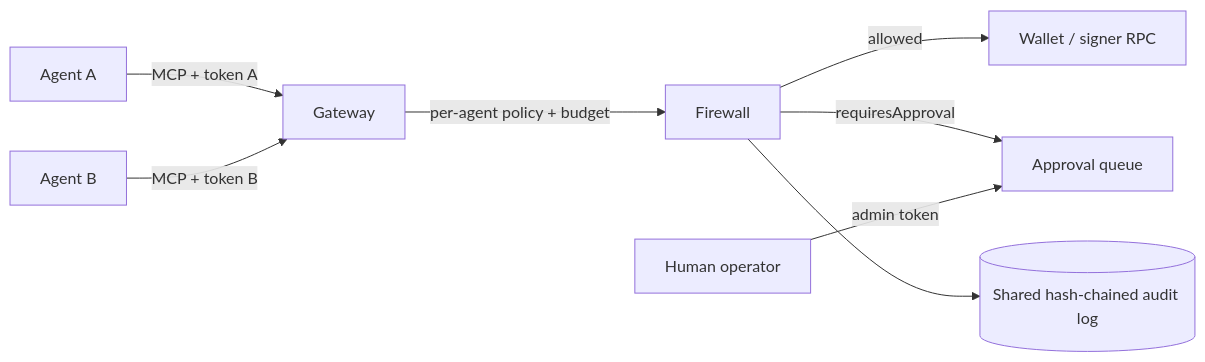
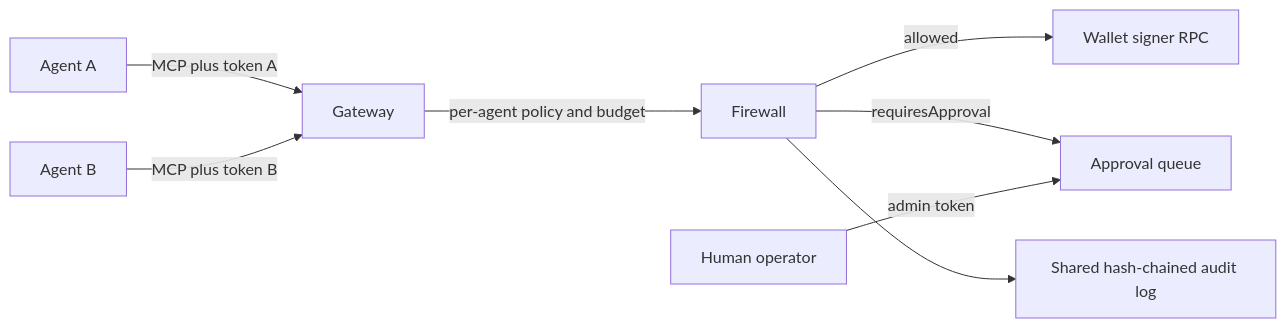
One commit to SRIVISHNUGV-DEV/Portcullis changed the sixth of 6 diagrams in README.md. Above: the diagram before and after it, drawn with Mermaid. The commit also changed other lines of this file and 1 other file, not shown here.

````diff
--- a/README.md
+++ b/README.md
@@ -450,10 +414,10 @@
 ```mermaid
 flowchart LR
-  A1[Agent A] -->|MCP + token A| G[Gateway]
-  A2[Agent B] -->|MCP + token B| G
-  G -->|per-agent policy + budget| F[Firewall]
-  F -->|allowed| W[Wallet / signer RPC]
-  F -->|requiresApproval| Q[Approval queue]
-  O[Human operator] -->|admin token| Q
-  F --> L[(Shared hash-chained audit log)]
+    A1["Agent A"] -->|MCP plus token A| G["Gateway"]
+    A2["Agent B"] -->|MCP plus token B| G
+    G -->|per-agent policy and budget| F["Firewall"]
+    F -->|allowed| W["Wallet signer RPC"]
+    F -->|requiresApproval| Q["Approval queue"]
+    O["Human operator"] -->|admin token| Q
+    F --> L["Shared hash-chained audit log"]
 ```
````
